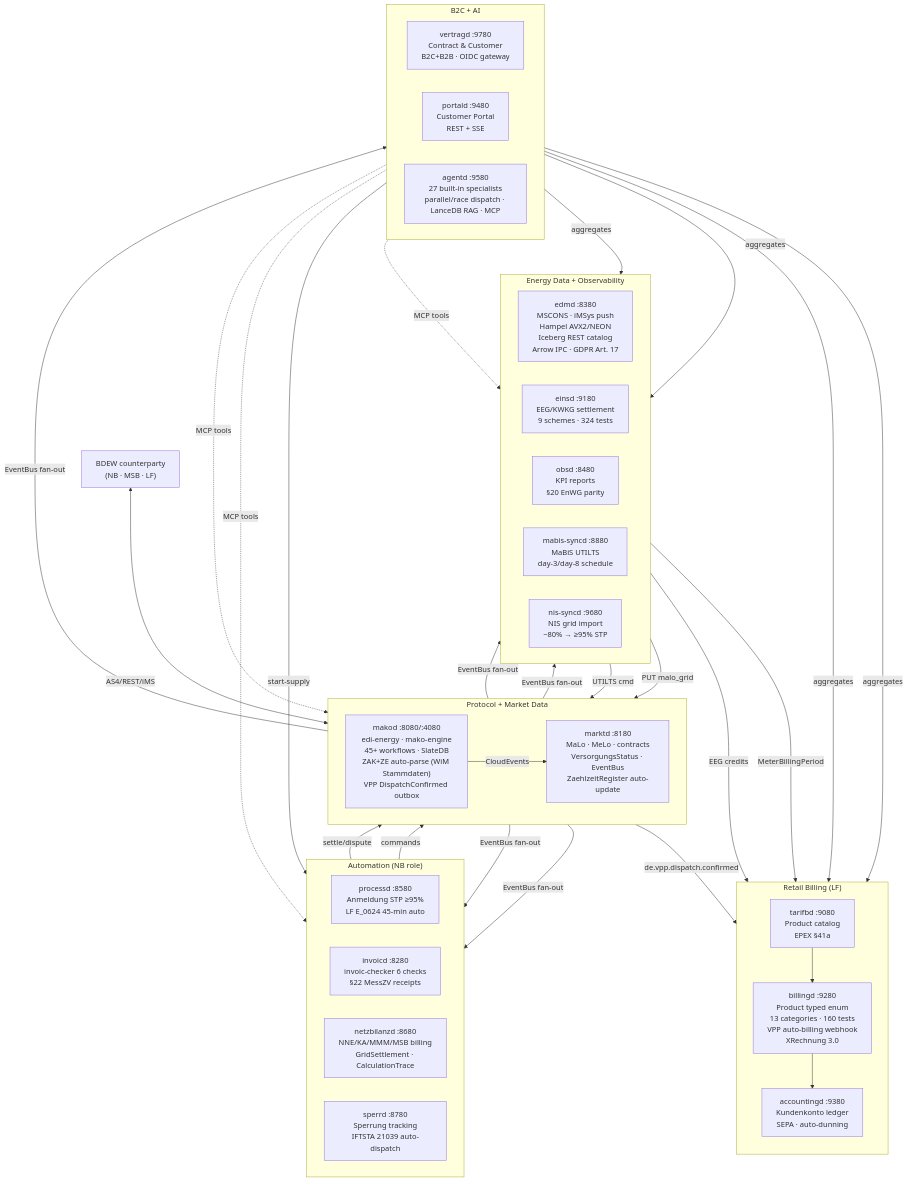
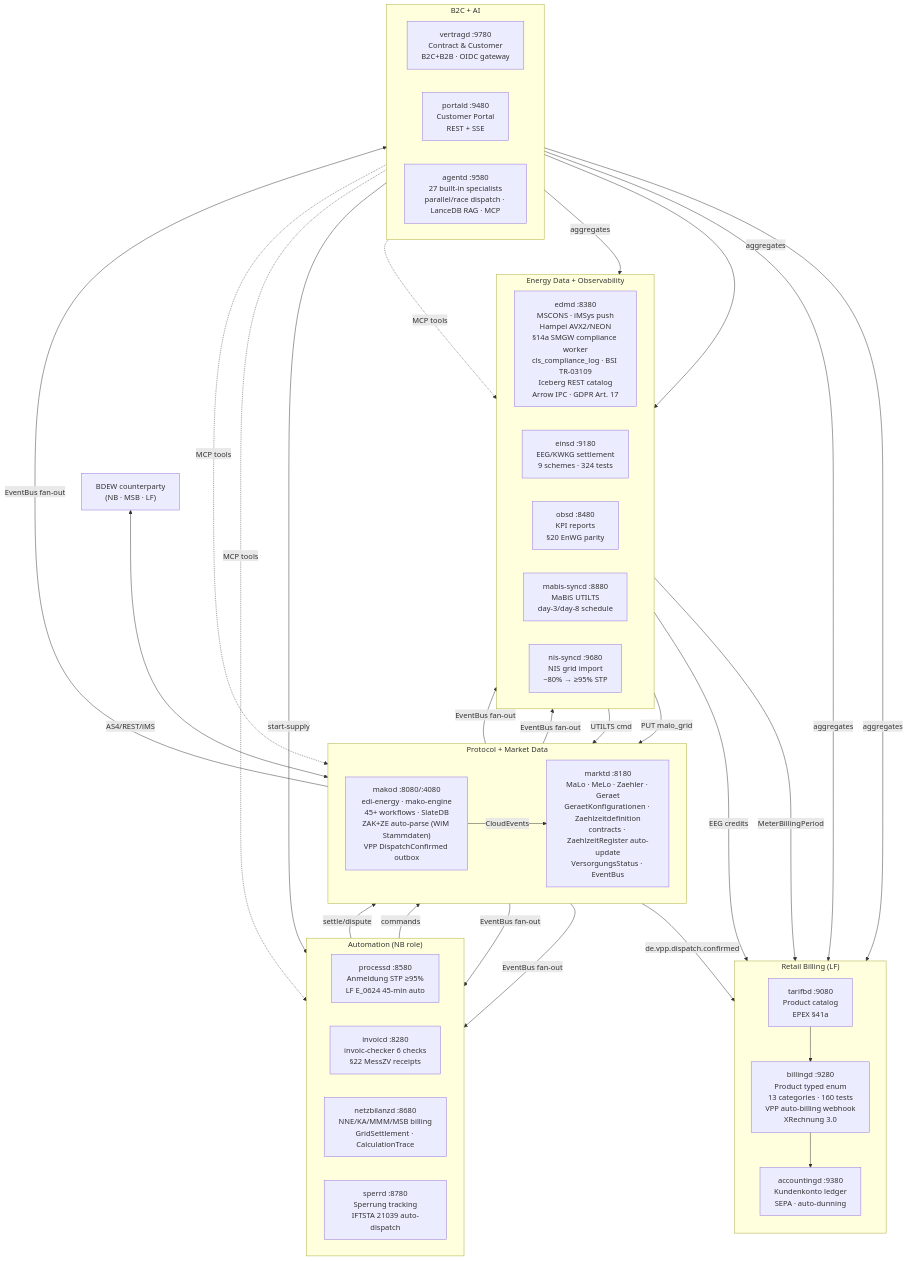
Before and after one commit to hupe1980/mako: the diagram in docs/index.md, drawn with Mermaid. The commit also changed other lines of this file and 76 other files, not shown here.

```diff
--- a/docs/index.md
+++ b/docs/index.md
@@ -297,9 +322,10 @@
 ZAK+ZE auto-parse (WiM Stammdaten)
 VPP DispatchConfirmed outbox"]
         marktd["marktd :8180
-MaLo · MeLo · contracts
-VersorgungsStatus · EventBus
-ZaehlzeitRegister auto-update"]
+MaLo · MeLo · Zaehler · Geraet
+GeraetKonfigurationen · Zaehlzeitdefinition
+contracts · ZaehlzeitRegister auto-update
+VersorgungsStatus · EventBus"]
         makod -->|"CloudEvents"| marktd
     end
 
@@ -324,6 +350,8 @@
         edmd["edmd :8380
 MSCONS · iMSys push
 Hampel AVX2/NEON
+§14a SMGW compliance worker
+cls_compliance_log · BSI TR-03109
 Iceberg REST catalog
 Arrow IPC · GDPR Art. 17"]
         einsd["einsd :9180
```
